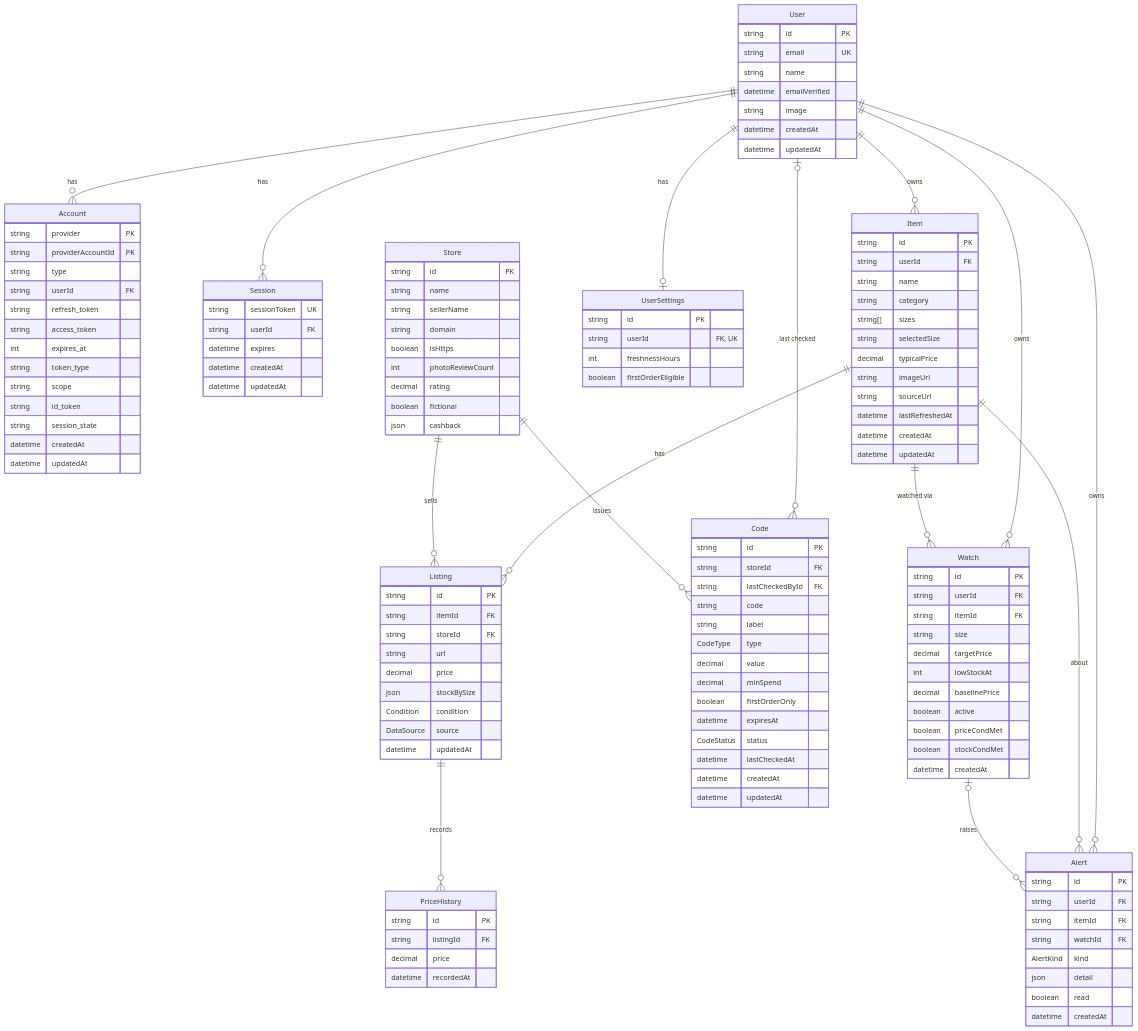
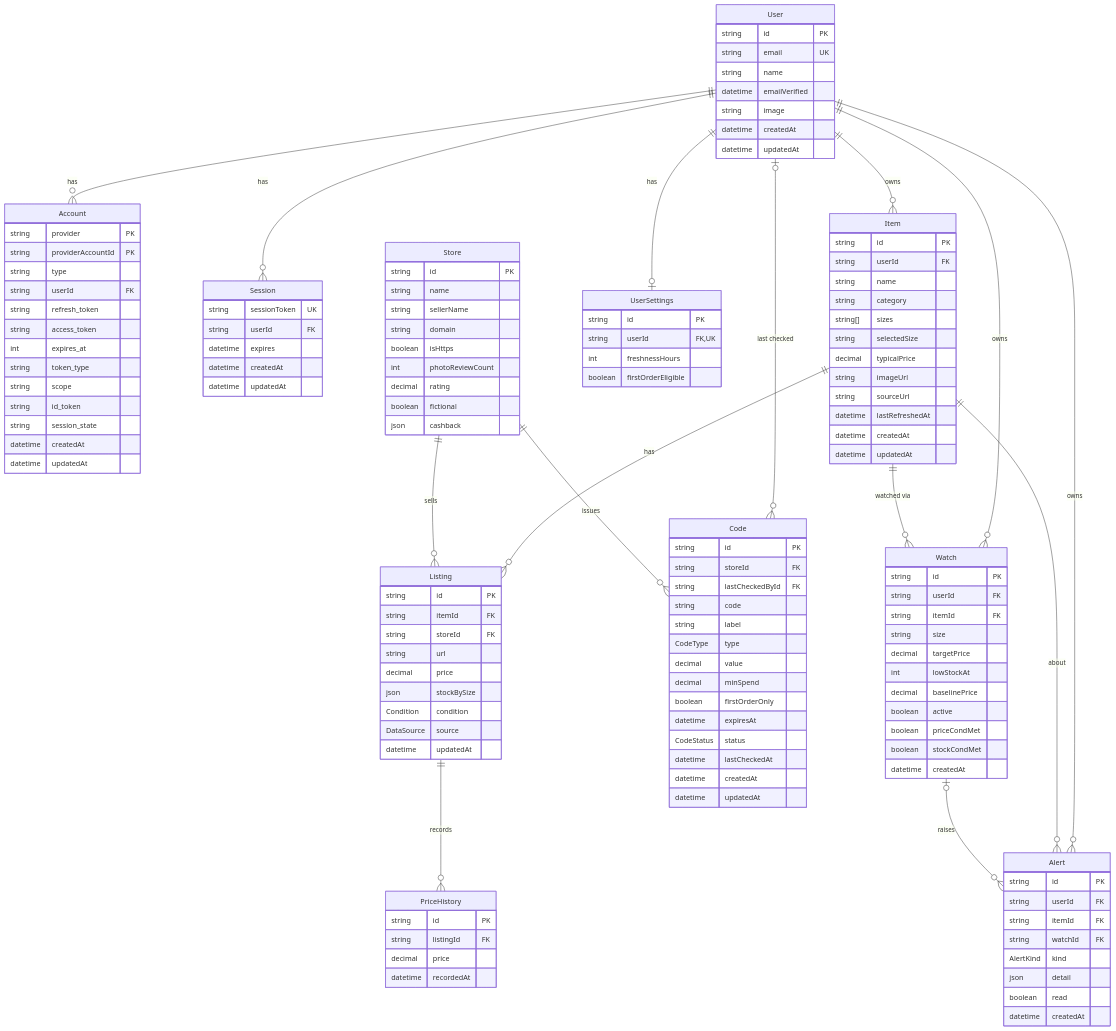
Before and after one commit to devpatel25/LootLens: the diagram in docs/schema.md, drawn with Mermaid.

Commit message:
docs(#13): Mermaid multi-key syntax for userId FK, UK

```diff
--- a/docs/schema.md
+++ b/docs/schema.md
@@ -111,7 +111,7 @@
   }
   UserSettings {
     string id PK
-    string userId "FK, UK"
+    string userId FK, UK
     int freshnessHours
     boolean firstOrderEligible
   }
```
